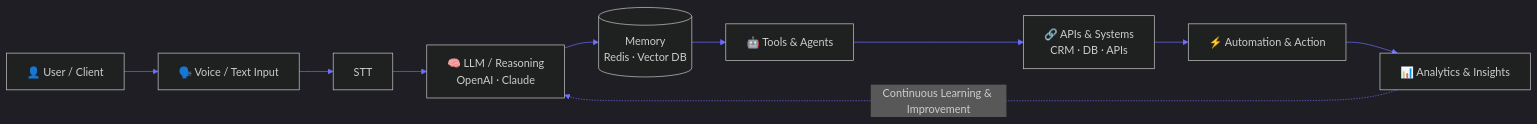
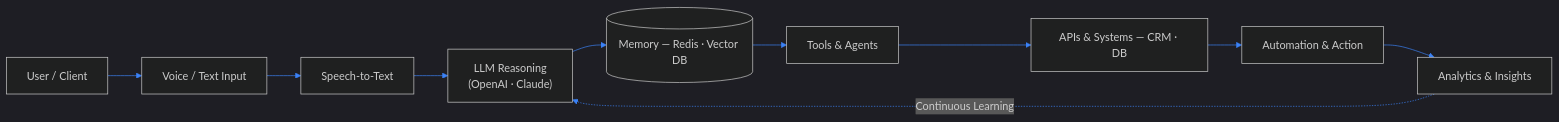
One commit to mohammedsohail7790/mohammedsohail7790 changed the fifth of 5 diagrams in README.md. Above: the diagram before and after it, drawn with Mermaid. The commit also changed other lines of this file, not shown here.

````diff
--- a/README.md
+++ b/README.md
@@ -253,13 +229,14 @@
 ```mermaid
-%%{init: {'theme':'dark', 'themeVariables': {'primaryColor':'#12141c','primaryTextColor':'#e8e8e8','primaryBorderColor':'#6e6eff','lineColor':'#6e6eff'}}}%%
+%%{init: {'theme':'dark', 'themeVariables': {'primaryColor':'#0A0E17','primaryTextColor':'#E5E7EB','primaryBorderColor':'#3B82F6','lineColor':'#3B82F6'}}}%%
 flowchart LR
-    A[👤 User / Client] --> B[🗣️ Voice / Text Input]
-    B --> C[STT]
-    C --> D[🧠 LLM / Reasoning\nOpenAI · Claude]
-    D --> E[(Memory\nRedis · Vector DB)]
-    E --> F[🤖 Tools & Agents]
-    F --> G[🔗 APIs & Systems\nCRM · DB · APIs]
-    G --> H[⚡ Automation & Action]
-    H --> I[📊 Analytics & Insights]
-    I -.->|Continuous Learning & Improvement| D
+    A[User / Client] --> B[Voice / Text Input]
+    B --> C[Speech-to-Text]
+    C --> D["LLM Reasoning
+    (OpenAI · Claude)"]
+    D --> E[(Memory — Redis · Vector DB)]
+    E --> F[Tools & Agents]
+    F --> G[APIs & Systems — CRM · DB]
+    G --> H[Automation & Action]
+    H --> I[Analytics & Insights]
+    I -.->|Continuous Learning| D
 ```
````
